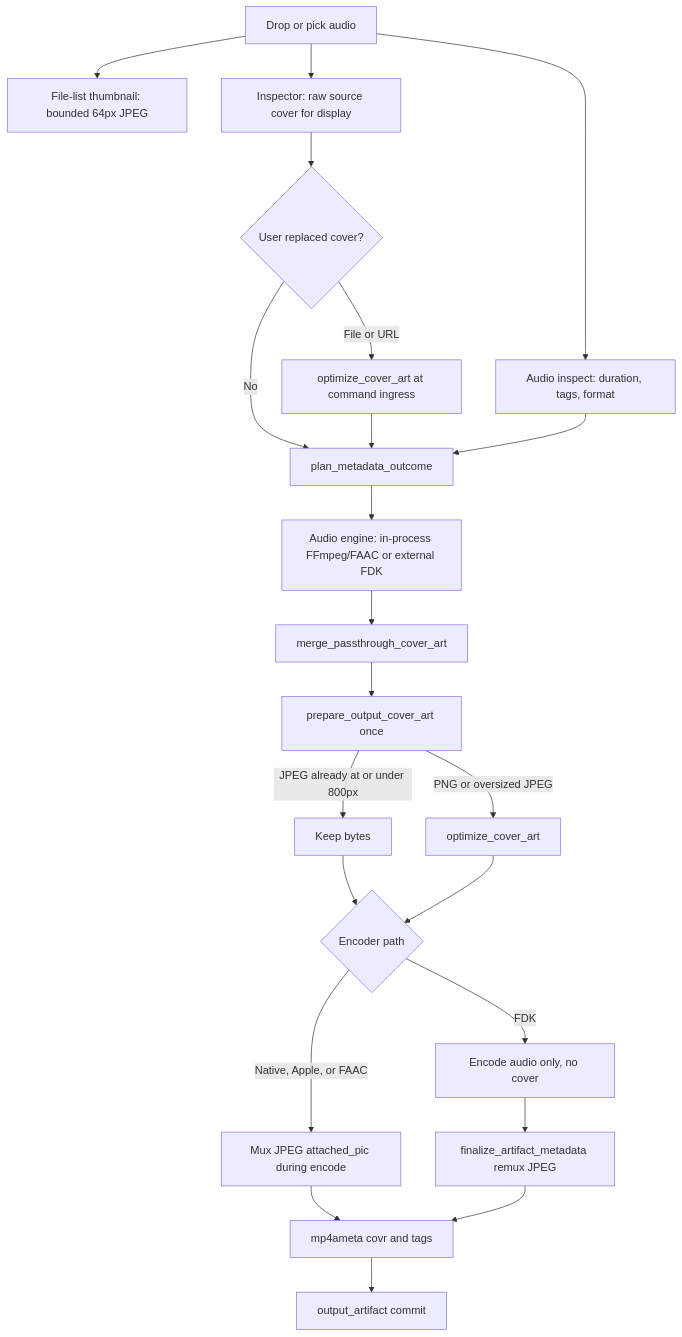
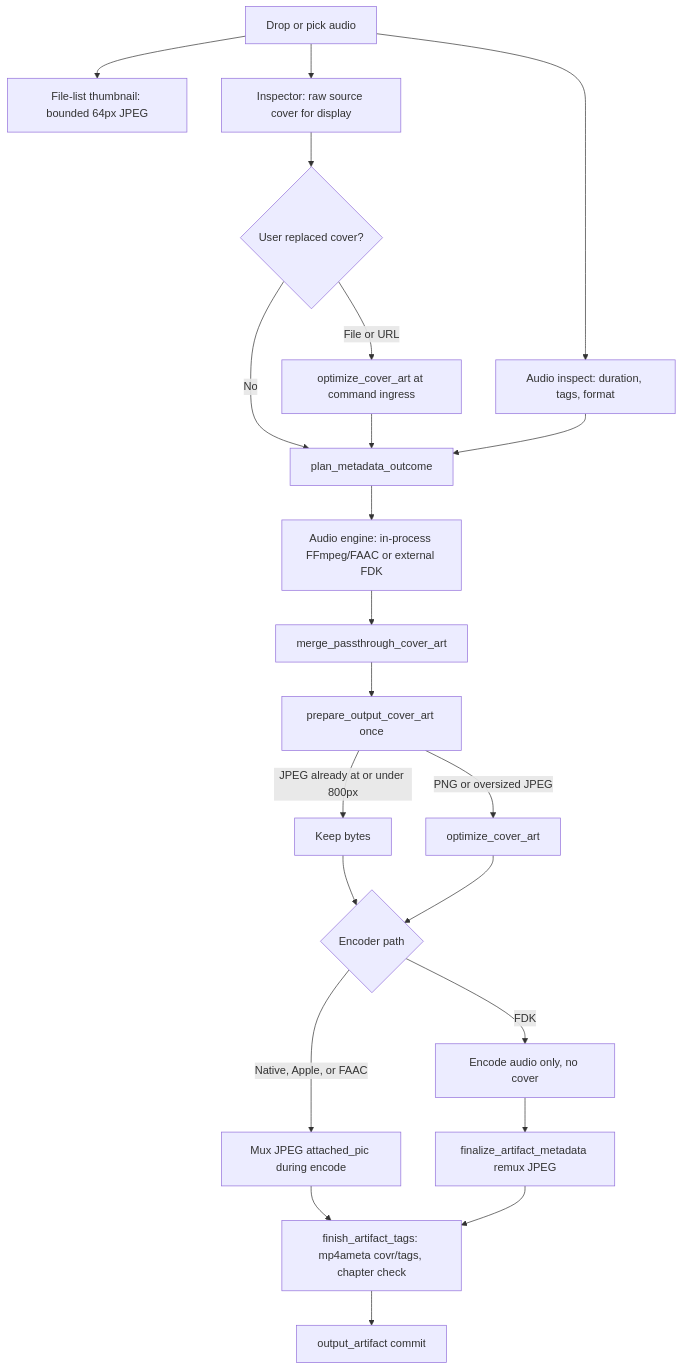
Before and after one commit to Allmight97/audiobook-boss: the diagram in docs/cover-art-processing.md, drawn with Mermaid. The commit also changed other lines of this file and 86 other files, not shown here.

````diff
--- a/docs/cover-art-processing.md
+++ b/docs/cover-art-processing.md
@@ -22,24 +35,24 @@
 ```mermaid
 flowchart TD
   drop[Drop or pick audio] --> inspect[Audio inspect: duration, tags, format]
   drop --> listThumb[File-list thumbnail: bounded 64px JPEG]
   drop --> hydrate[Inspector: raw source cover for display]
   hydrate --> intent{User replaced cover?}
   intent -->|File or URL| loadOpt[optimize_cover_art at command ingress]
   intent -->|No| plan[plan_metadata_outcome]
   loadOpt --> plan
   inspect --> plan
   plan --> engine[Audio engine: in-process FFmpeg/FAAC or external FDK]
   engine --> merge[merge_passthrough_cover_art]
   merge --> prep[prepare_output_cover_art once]
   prep -->|JPEG already at or under 800px| keep[Keep bytes]
   prep -->|PNG or oversized JPEG| jpeg[optimize_cover_art]
   keep --> sinks{Encoder path}
   jpeg --> sinks
   sinks -->|Native, Apple, or FAAC| mux[Mux JPEG attached_pic during encode]
   sinks -->|FDK| encode[Encode audio only, no cover]
   encode --> remux[finalize_artifact_metadata remux JPEG]
-  mux --> mp4[mp4ameta covr and tags]
+  mux --> mp4[finish_artifact_tags: mp4ameta covr/tags, chapter check]
   remux --> mp4
   mp4 --> commit[output_artifact commit]
 ```
````
